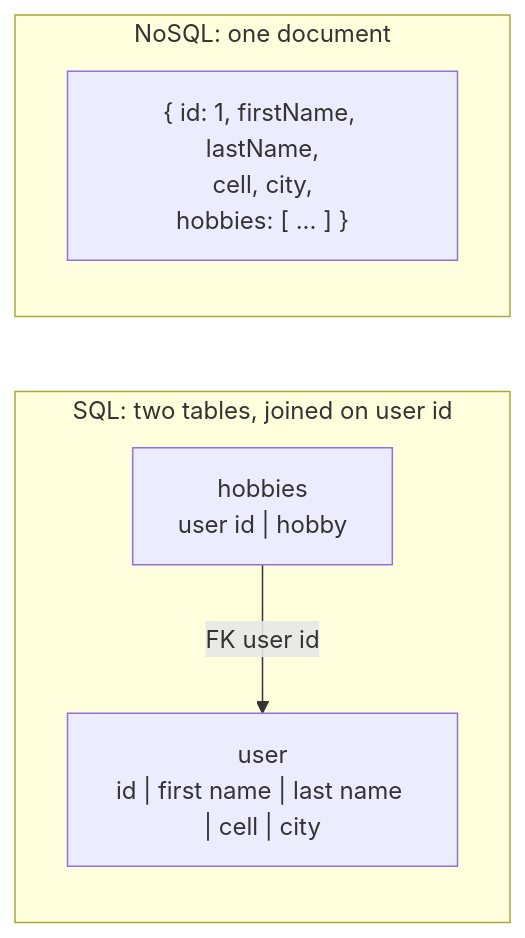
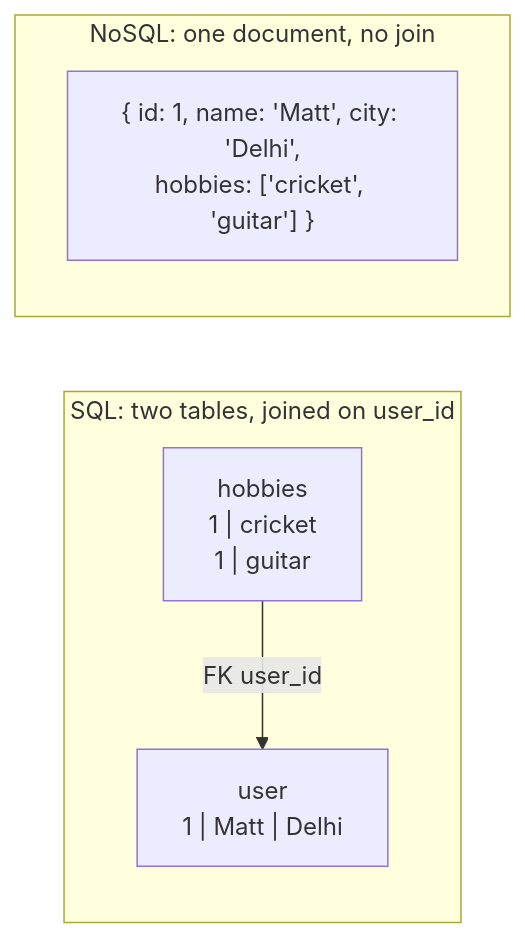
The first of 13 diagrams in dbms/15-nosql.md (aaryan-pradhan/core-cs-fundamentals), drawn with Mermaid before and after one commit. The commit also changed other lines of this file, not shown here.

````diff
--- a/dbms/15-nosql.md
+++ b/dbms/15-nosql.md
@@ -60,13 +9,12 @@
 ```mermaid
 flowchart LR
-  subgraph SQL["SQL: two tables, joined on user id"]
+  subgraph SQL["SQL: two tables, joined on user_id"]
     direction TB
-    U["user<br/>id | first name | last name | cell | city"]
-    H["hobbies<br/>user id | hobby"]
-    H -- "FK user id" --> U
+    U["user<br/>1 | Matt | Delhi"]
+    H["hobbies<br/>1 | cricket<br/>1 | guitar"]
+    H -- "FK user_id" --> U
   end
-  subgraph NoSQL["NoSQL: one document"]
-    direction TB
-    D["{ id: 1, firstName, lastName,<br/>cell, city,<br/>hobbies: [ ... ] }"]
+  subgraph NOSQL["NoSQL: one document, no join"]
+    D["{ id: 1, name: 'Matt', city: 'Delhi',<br/>hobbies: ['cricket', 'guitar'] }"]
   end
 ```
````
